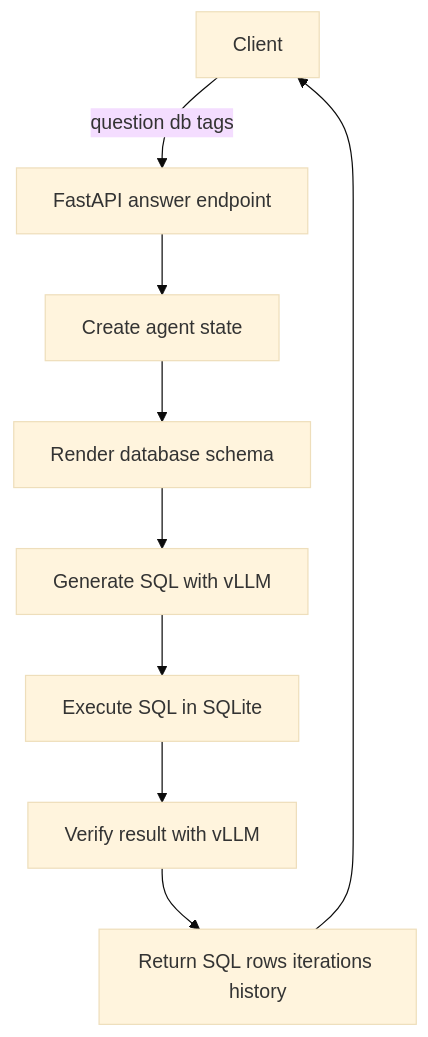
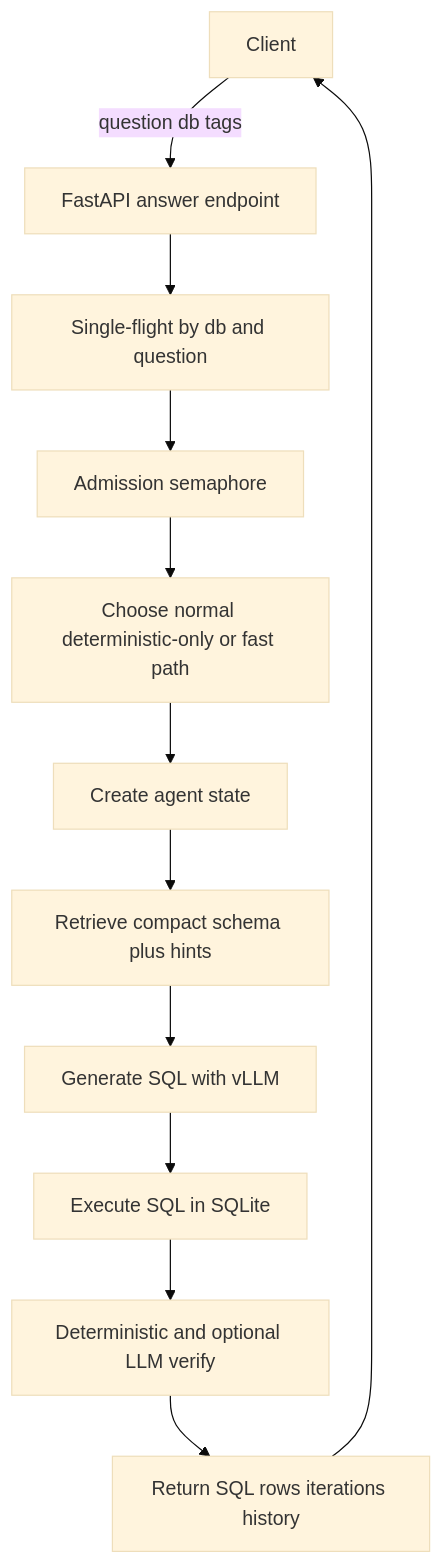
Before and after one commit to khab40/mlops-hw3: the fourth of 10 diagrams in assets/docs/ARCHITECTURE.md, drawn with Mermaid (base theme). The commit also changed other lines of this file and 22 other files, not shown here.

````diff
--- a/assets/docs/ARCHITECTURE.md
+++ b/assets/docs/ARCHITECTURE.md
@@ -70,11 +72,14 @@
 ```mermaid
 flowchart TD
     Client["Client"] -->|question db tags| API["FastAPI answer endpoint"]
-    API --> State["Create agent state"]
-    State --> Schema["Render database schema"]
+    API --> Coalesce["Single-flight by db and question"]
+    Coalesce --> Admission["Admission semaphore"]
+    Admission --> Mode["Choose normal deterministic-only or fast path"]
+    Mode --> State["Create agent state"]
+    State --> Schema["Retrieve compact schema plus hints"]
     Schema --> Generate["Generate SQL with vLLM"]
     Generate --> Execute["Execute SQL in SQLite"]
-    Execute --> Verify["Verify result with vLLM"]
+    Execute --> Verify["Deterministic and optional LLM verify"]
     Verify --> Response["Return SQL rows iterations history"]
     Response --> Client
 ```
````
